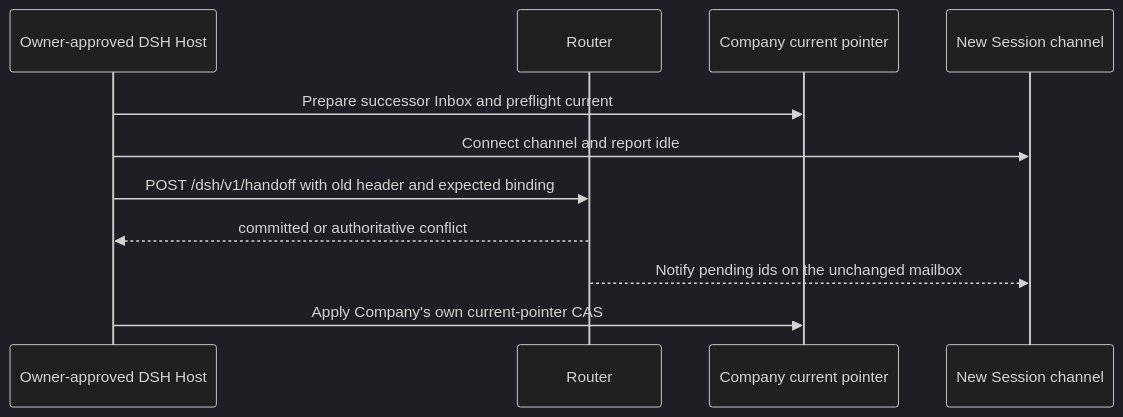
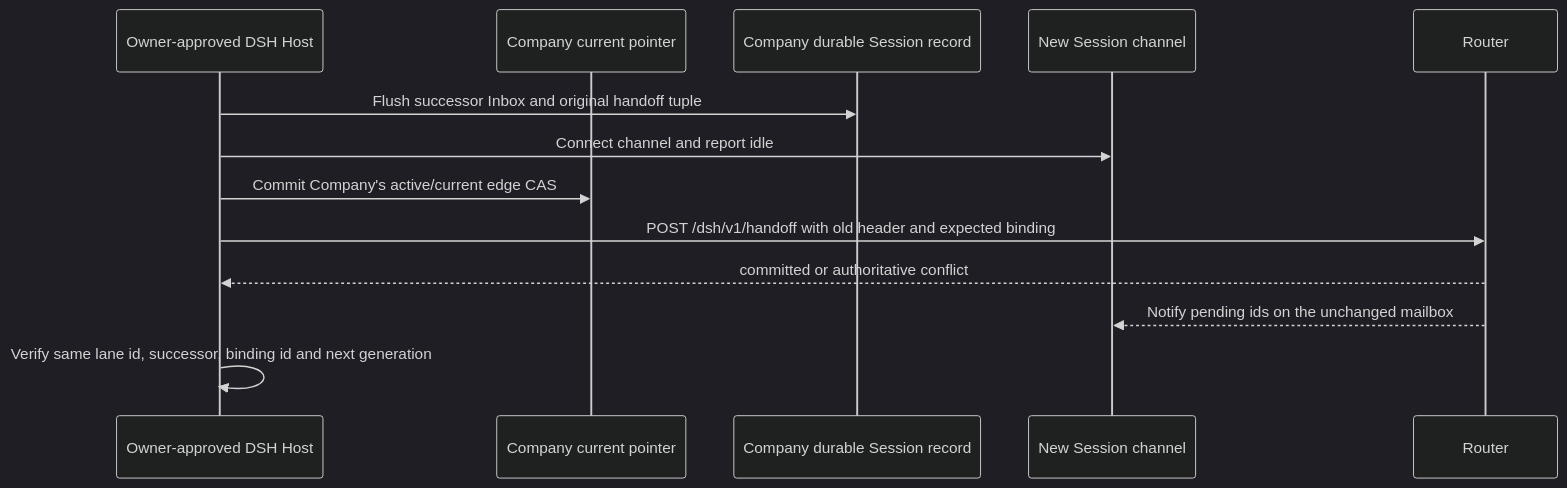
The first of 2 diagrams in docs/dsh-host-api.md (MotionlessPeri/lane-router), drawn with Mermaid (dark theme) before and after one commit. The commit also changed other lines of this file, not shown here.

First line of the commit message:
docs: commit Company current before Router DSH handoff

````diff
--- a/docs/dsh-host-api.md
+++ b/docs/dsh-host-api.md
@@ -59,13 +59,15 @@
 ```mermaid
 sequenceDiagram
   participant H as Owner-approved DSH Host
+  participant C as Company current pointer
+  participant D as Company durable Session record
+  participant N as New Session channel
   participant R as Router
-  participant C as Company current pointer
-  participant N as New Session channel
-  H->>C: Prepare successor Inbox and preflight current
+  H->>D: Flush successor Inbox and original handoff tuple
   H->>N: Connect channel and report idle
+  H->>C: Commit Company's active/current edge CAS
   H->>R: POST /dsh/v1/handoff with old header and expected binding
   R-->>H: committed or authoritative conflict
   R-->>N: Notify pending ids on the unchanged mailbox
-  H->>C: Apply Company's own current-pointer CAS
+  H->>H: Verify same lane id, successor, binding id and next generation
 ```
````
